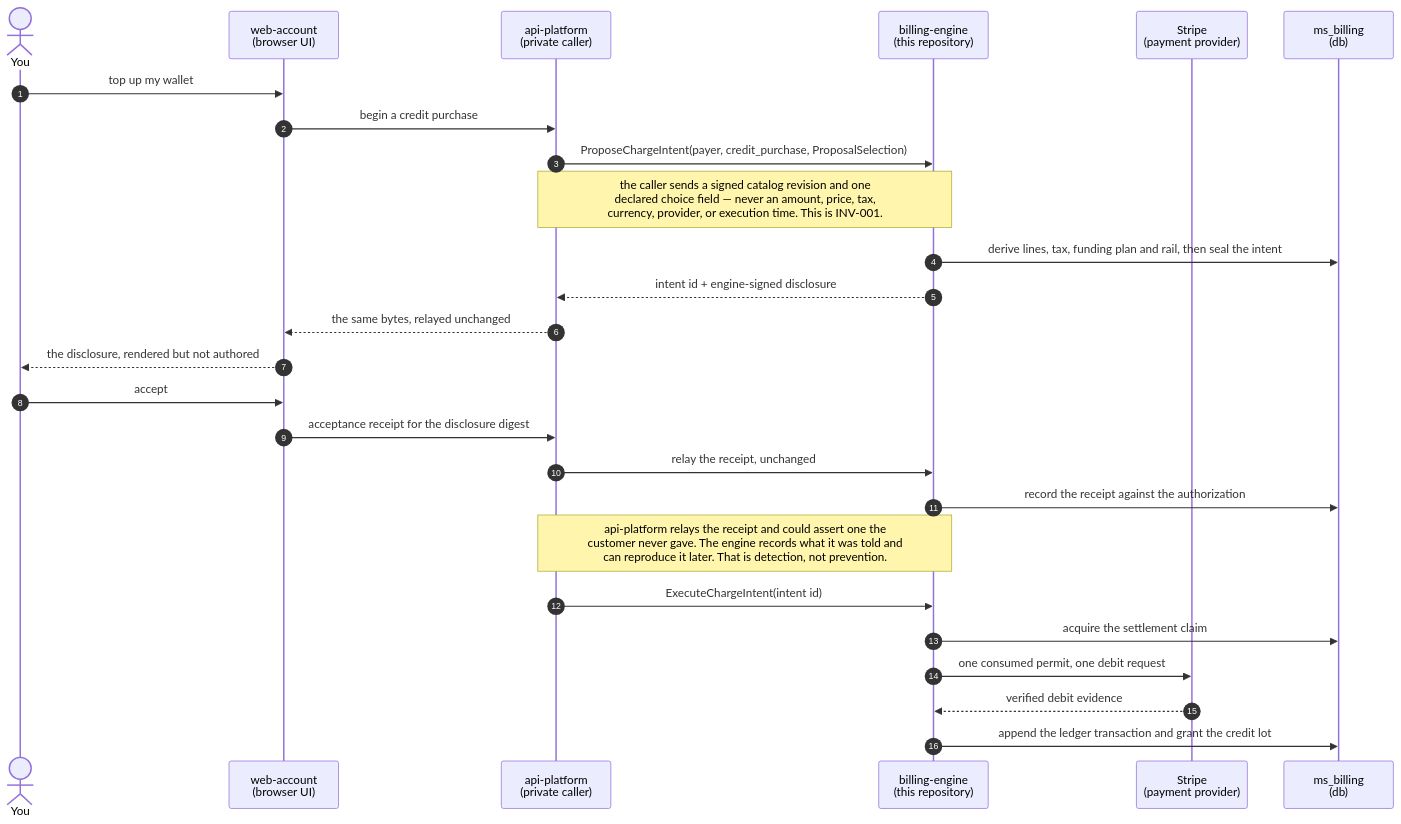
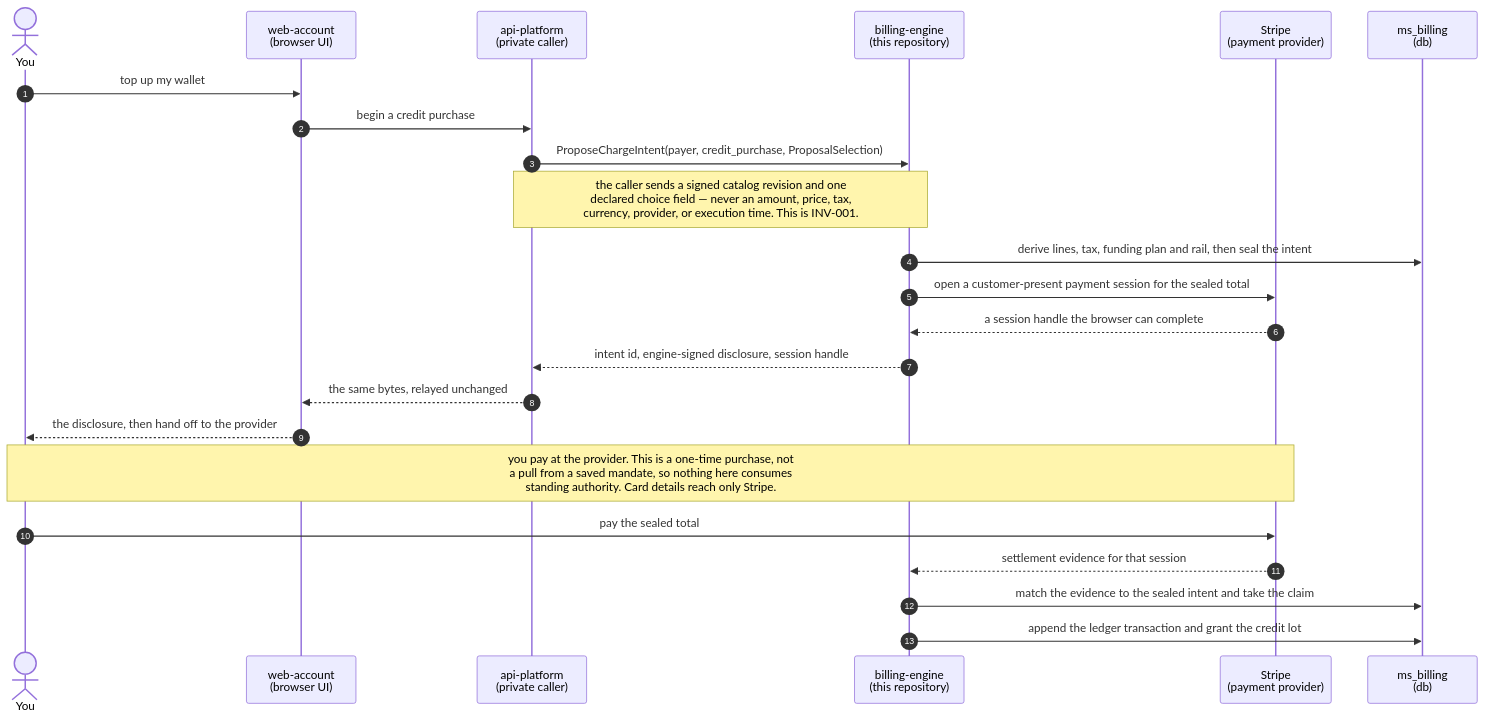
Before and after one commit to mirrorstack-ai/billing-engine: the third of 6 diagrams in README.md, drawn with Mermaid. The commit also changed other lines of this file, not shown here.

````diff
--- a/README.md
+++ b/README.md
@@ -221,33 +221,30 @@
 ```mermaid
 sequenceDiagram
     autonumber
     actor You
     participant WA as web-account<br/>(browser UI)
     participant AP as api-platform<br/>(private caller)
     participant Engine as billing-engine<br/>(this repository)
     participant Stripe as Stripe<br/>(payment provider)
     participant DB as ms_billing<br/>(db)
 
     You->>WA: top up my wallet
     WA->>AP: begin a credit purchase
     AP->>Engine: ProposeChargeIntent(payer, credit_purchase, ProposalSelection)
 
     Note over AP,Engine: the caller sends a signed catalog revision and one<br/>declared choice field — never an amount, price, tax,<br/>currency, provider, or execution time. This is INV-001.
 
     Engine->>DB: derive lines, tax, funding plan and rail, then seal the intent
-    Engine-->>AP: intent id + engine-signed disclosure
+    Engine->>Stripe: open a customer-present payment session for the sealed total
+    Stripe-->>Engine: a session handle the browser can complete
+    Engine-->>AP: intent id, engine-signed disclosure, session handle
     AP-->>WA: the same bytes, relayed unchanged
-    WA-->>You: the disclosure, rendered but not authored
-    You->>WA: accept
-    WA->>AP: acceptance receipt for the disclosure digest
-    AP->>Engine: relay the receipt, unchanged
-    Engine->>DB: record the receipt against the authorization
+    WA-->>You: the disclosure, then hand off to the provider
 
-    Note over AP,Engine: api-platform relays the receipt and could assert one the<br/>customer never gave. The engine records what it was told and<br/>can reproduce it later. That is detection, not prevention.
+    Note over You,Stripe: you pay at the provider. This is a one-time purchase, not<br/>a pull from a saved mandate, so nothing here consumes<br/>standing authority. Card details reach only Stripe.
 
-    AP->>Engine: ExecuteChargeIntent(intent id)
-    Engine->>DB: acquire the settlement claim
-    Engine->>Stripe: one consumed permit, one debit request
-    Stripe-->>Engine: verified debit evidence
+    You->>Stripe: pay the sealed total
+    Stripe-->>Engine: settlement evidence for that session
+    Engine->>DB: match the evidence to the sealed intent and take the claim
     Engine->>DB: append the ledger transaction and grant the credit lot
 ```
````
